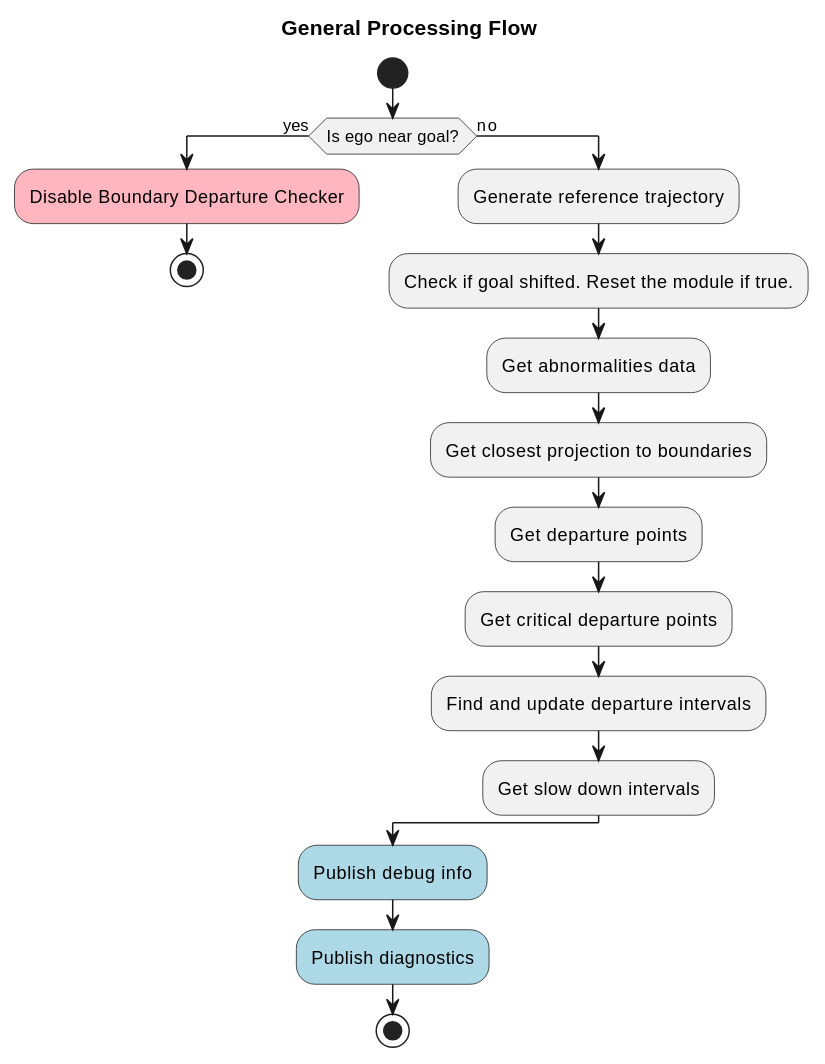
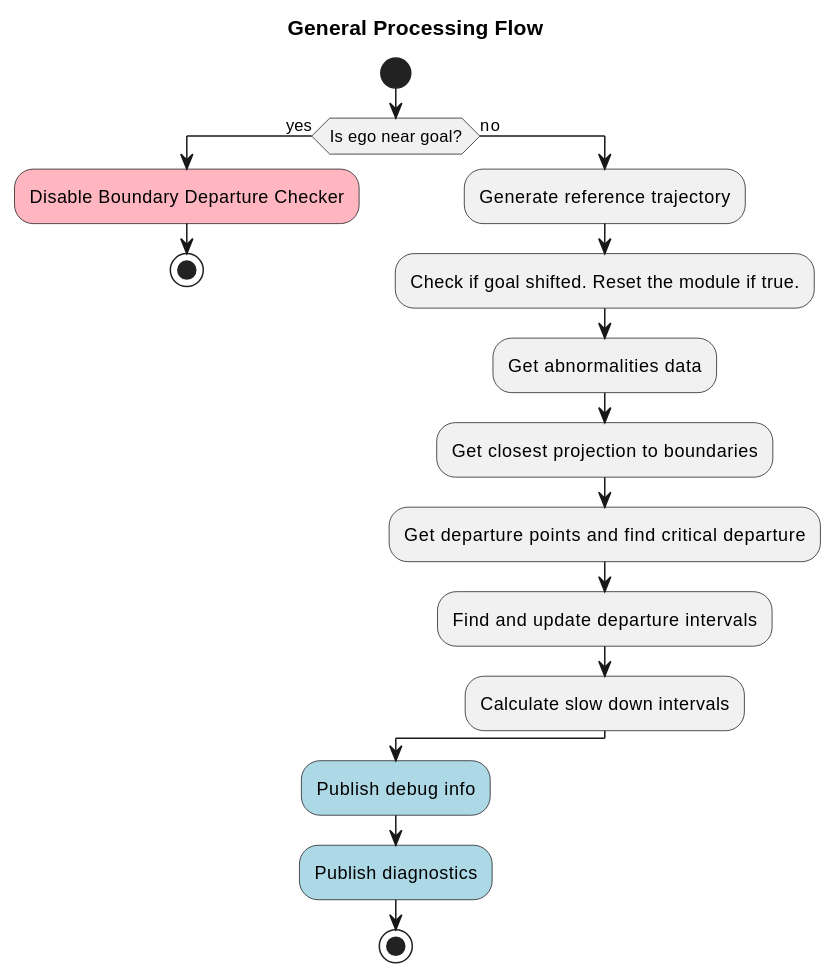
Before and after one commit to paulsohn/autoware_universe_planning_2: the first of 2 diagrams in planning/motion_velocity_planner/autoware_motion_velocity_boundary_departure_prevention_module/README.md, drawn with PlantUML. The commit also changed other lines of this file and 13 other files, not shown here.

````diff
--- a/planning/motion_velocity_planner/autoware_motion_velocity_boundary_departure_prevention_module/README.md
+++ b/planning/motion_velocity_planner/autoware_motion_velocity_boundary_departure_prevention_module/README.md
@@ -151,25 +151,24 @@
 ```plantuml
 @startuml
 skinparam defaultTextAlignment center
 skinparam backgroundColor #WHITE
 
 title General Processing Flow
 start
 if (Is ego near goal?) then (yes)
   #LightPink:Disable Boundary Departure Checker;
   stop
 else (no)
   :Generate reference trajectory;
   :Check if goal shifted. Reset the module if true.;
   :Get abnormalities data;
   :Get closest projection to boundaries;
-  :Get departure points;
-  :Get critical departure points;
+  :Get departure points and find critical departure;
   :Find and update departure intervals;
-  :Get slow down intervals;
+  :Calculate slow down intervals;
 endif
 #LightBlue:Publish debug info;
 #LightBlue:Publish diagnostics;
 stop
 @enduml
 ```
````
